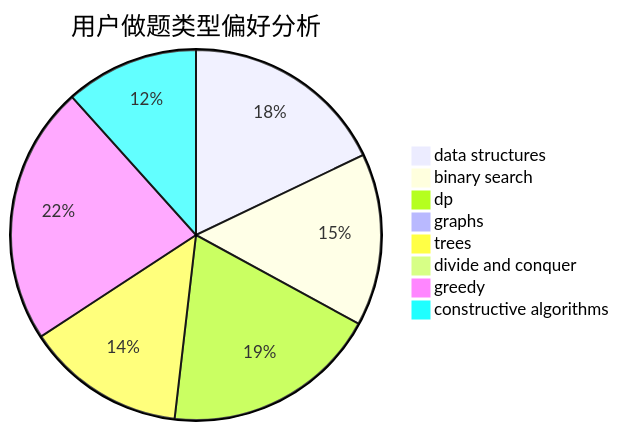
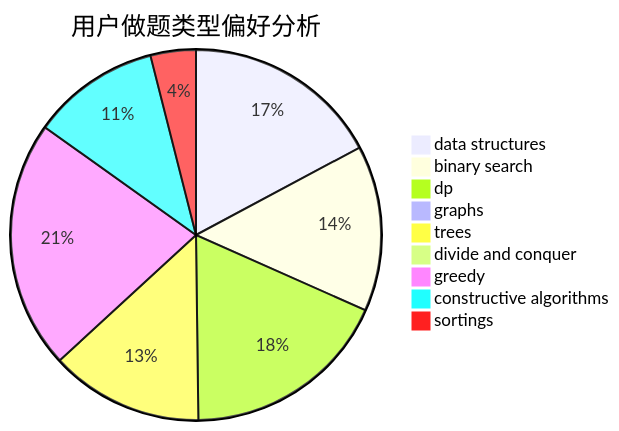
The second of 3 diagrams in docs/user/u1358.md (sherpahu/cfrs.github.io), drawn with Mermaid before and after one commit. The commit also changed other lines of this file and 2769 other files, not shown here.

````diff
--- a/docs/user/u1358.md
+++ b/docs/user/u1358.md
@@ -23,11 +18,12 @@
 ```mermaid
 pie title 用户做题类型偏好分析
     "data structures" :  126
     "binary search" :  106
     "dp" :  133
     "graphs" :  7
     "trees" :  98
     "divide and conquer" :  0
     "greedy" :  159
     "constructive algorithms" :  82
+    "sortings" :  29
 ```
````
